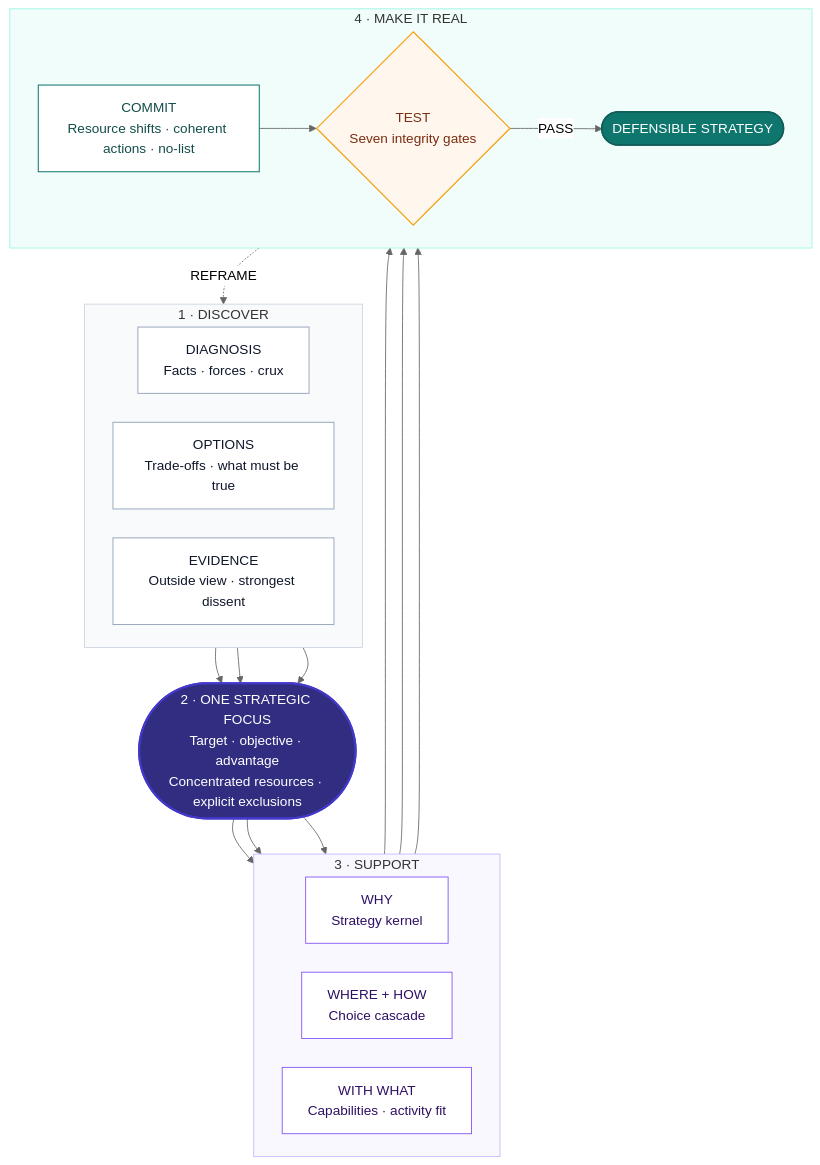
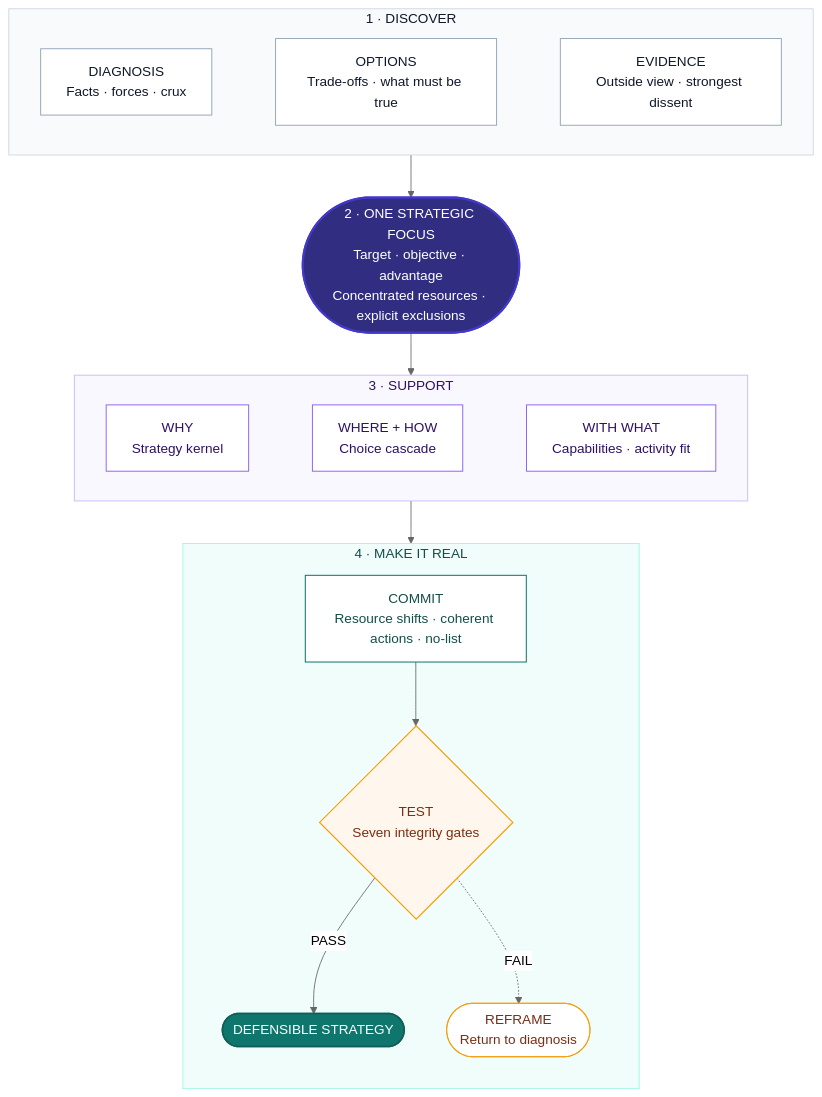
The diagram in README.md (ZepinLi/formulate-strategy), drawn with Mermaid (neutral theme) before and after one commit.

Commit message:
Stabilize Mermaid layout across renderers

````diff
--- a/README.md
+++ b/README.md
@@ -7,58 +7,53 @@
 ```mermaid
-%%{init: {"flowchart": {"curve": "basis", "nodeSpacing": 34, "rankSpacing": 42}}}%%
 flowchart TB
     subgraph DISCOVER["1 · DISCOVER"]
         direction LR
         D["DIAGNOSIS<br/>Facts · forces · crux"]
         O["OPTIONS<br/>Trade-offs · what must be true"]
         E["EVIDENCE<br/>Outside view · strongest dissent"]
+        D ~~~ O ~~~ E
     end
 
-    D --> F
-    O --> F
-    E --> F
-
     F(["2 · ONE STRATEGIC FOCUS<br/>Target · objective · advantage<br/>Concentrated resources · explicit exclusions"])
-
-    F --> K
-    F --> W
-    F --> P
 
     subgraph SUPPORT["3 · SUPPORT"]
         direction LR
         K["WHY<br/>Strategy kernel"]
         W["WHERE + HOW<br/>Choice cascade"]
         P["WITH WHAT<br/>Capabilities · activity fit"]
+        K ~~~ W ~~~ P
     end
 
-    K --> C
-    W --> C
-    P --> C
-
     subgraph REAL["4 · MAKE IT REAL"]
-        direction LR
+        direction TB
         C["COMMIT<br/>Resource shifts · coherent actions · no-list"]
         G{"TEST<br/>Seven integrity gates"}
         S(["DEFENSIBLE STRATEGY"])
+        R(["REFRAME<br/>Return to diagnosis"])
         C --> G
         G -- "PASS" --> S
+        G -. "FAIL" .-> R
     end
 
-    G -. "REFRAME" .-> D
+    DISCOVER --> F
+    F --> SUPPORT
+    SUPPORT --> REAL
 
     classDef card fill:#FFFFFF,stroke:#94A3B8,color:#0F172A,stroke-width:1.1px;
     classDef focus fill:#312E81,stroke:#4338CA,color:#FFFFFF,stroke-width:2.4px;
     classDef support fill:#FFFFFF,stroke:#8B5CF6,color:#2E1065,stroke-width:1.1px;
     classDef commit fill:#FFFFFF,stroke:#0F766E,color:#134E4A,stroke-width:1.2px;
     classDef gate fill:#FFF7ED,stroke:#F59E0B,color:#7C2D12,stroke-width:1.4px;
     classDef result fill:#0F766E,stroke:#115E59,color:#FFFFFF,stroke-width:1.8px;
+    classDef reframe fill:#FFFFFF,stroke:#F59E0B,color:#7C2D12,stroke-width:1.2px;
     class D,O,E card;
     class F focus;
     class K,W,P support;
     class C commit;
     class G gate;
     class S result;
-    style DISCOVER fill:#F8FAFC,stroke:#CBD5E1,stroke-width:1px
-    style SUPPORT fill:#FAF8FF,stroke:#C4B5FD,stroke-width:1px
-    style REAL fill:#F0FDFA,stroke:#99F6E4,stroke-width:1px
+    class R reframe;
+    style DISCOVER fill:#F8FAFC,stroke:#CBD5E1,color:#0F172A,stroke-width:1px
+    style SUPPORT fill:#FAF8FF,stroke:#C4B5FD,color:#2E1065,stroke-width:1px
+    style REAL fill:#F0FDFA,stroke:#99F6E4,color:#134E4A,stroke-width:1px
 ```
````
